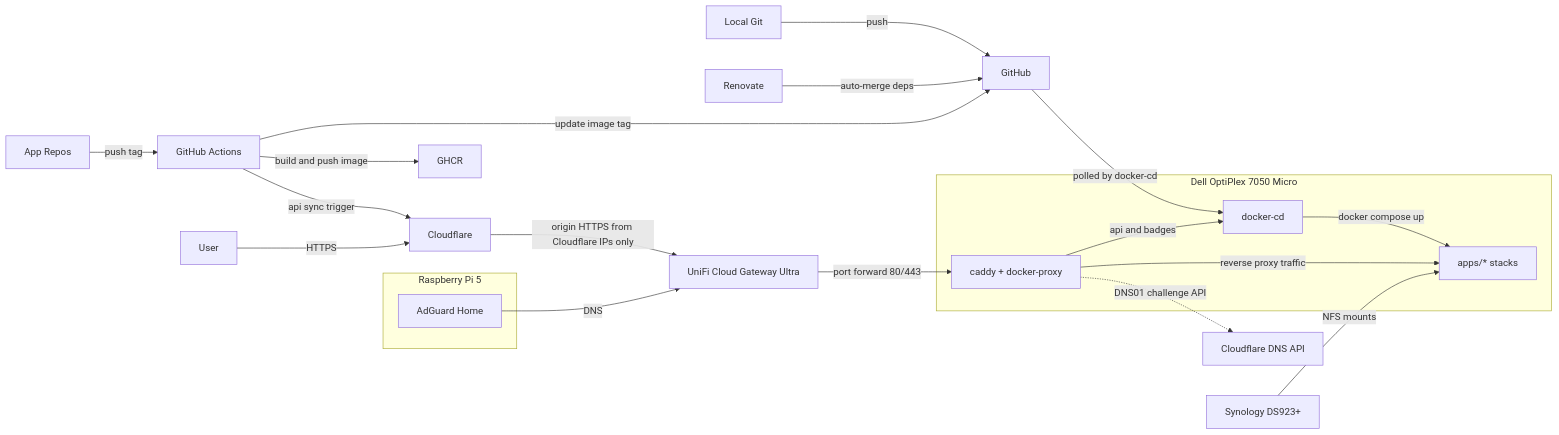
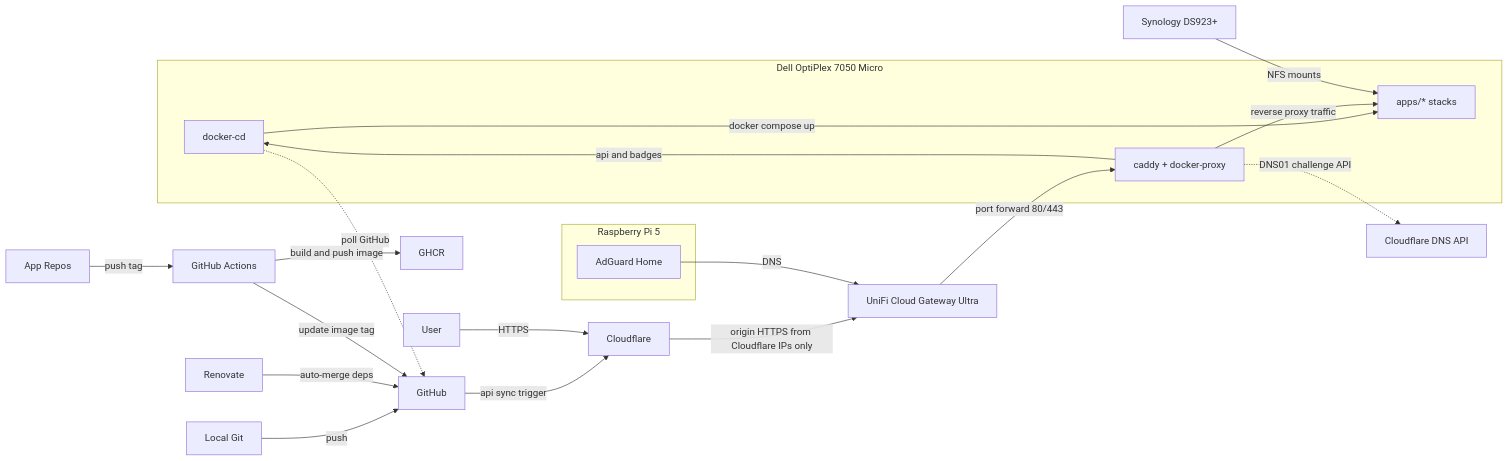
Before and after one commit to wajeht/home-ops: the diagram in README.md, drawn with Mermaid.

Commit message:
docs: update architecture diagram to clarify docker-cd polling

````diff
--- a/README.md
+++ b/README.md
@@ -16,31 +16,31 @@
 ```mermaid
 flowchart LR
     subgraph dell[Dell OptiPlex 7050 Micro]
         docker_cd[docker-cd]
         caddy[caddy + docker-proxy]
         apps[apps/* stacks]
     end
 
     subgraph pi[Raspberry Pi 5]
         adguard[AdGuard Home]
     end
 
     local_git[Local Git] -->|push| github[GitHub]
     app_repo[App Repos] -->|push tag| actions[GitHub Actions]
     renovate[Renovate] -->|auto-merge deps| github
     actions -->|build and push image| ghcr[GHCR]
     actions -->|update image tag| github
-    github -->|polled by docker-cd| docker_cd
-    actions -->|api sync trigger| cloudflare
+    docker_cd -.->|poll GitHub| github
+    github -->|api sync trigger| cloudflare
 
     user[User] -->|HTTPS| cloudflare[Cloudflare]
     cloudflare -->|origin HTTPS from Cloudflare IPs only| unifi[UniFi Cloud Gateway Ultra]
     adguard -->|DNS| unifi
 
     docker_cd -->|docker compose up| apps
     caddy -->|reverse proxy traffic| apps
     caddy -->|api and badges| docker_cd
     unifi -->|port forward 80/443| caddy
     caddy -.->|DNS01 challenge API| cloudflare_dns[Cloudflare DNS API]
     nas[Synology DS923+] -->|NFS mounts| apps
 ```
````
